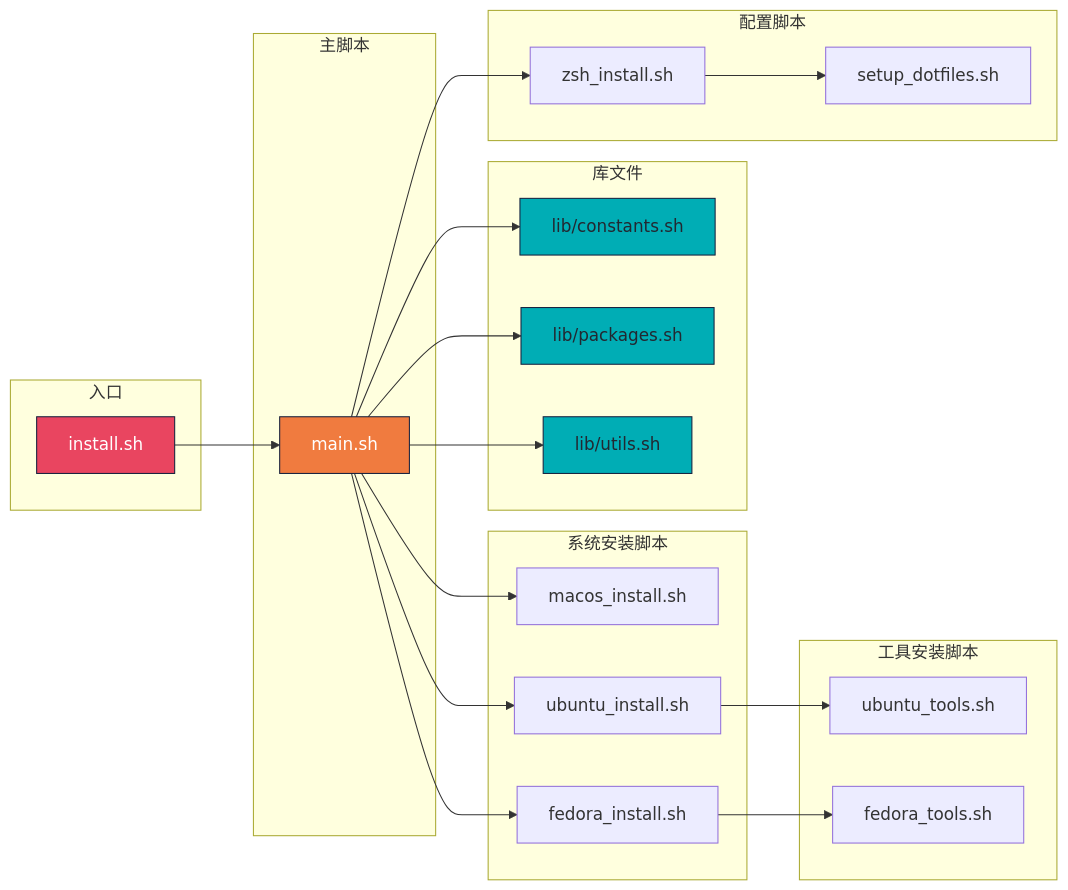
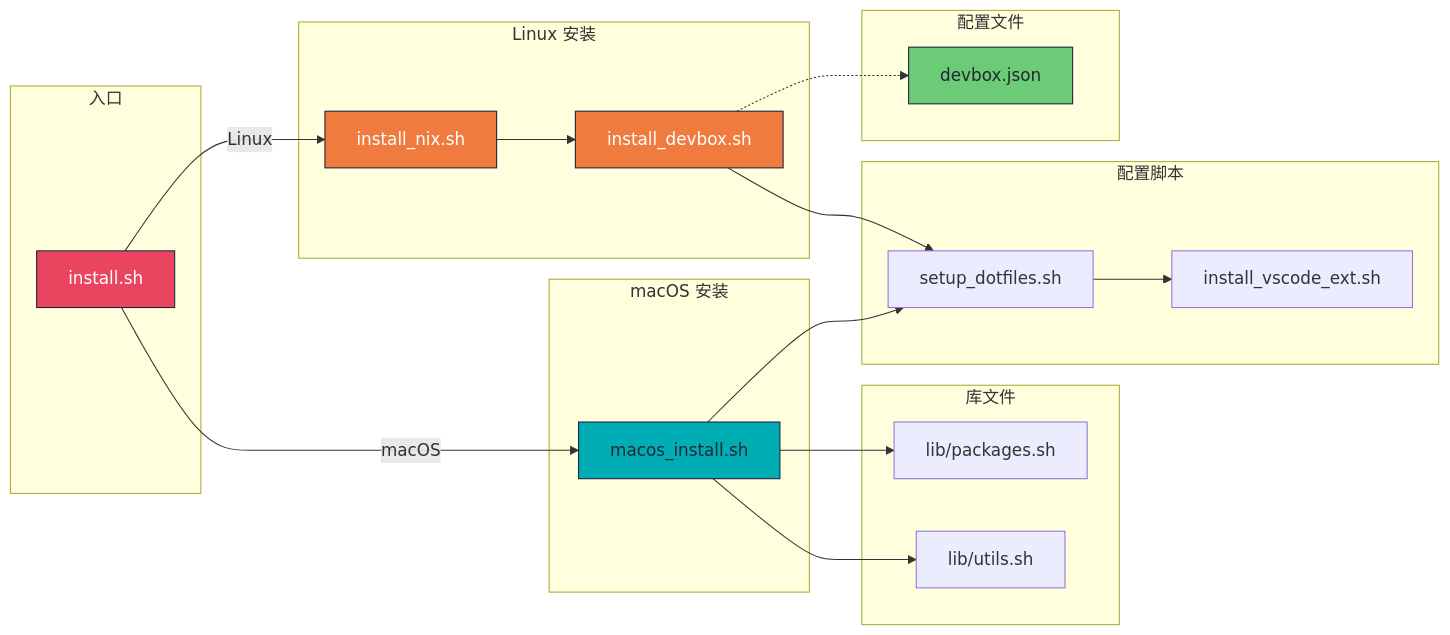
One commit to Learner-Geek-Perfectionist/Dotfiles changed the second of 5 diagrams in docs/flowchart.md. Above: the diagram before and after it, drawn with Mermaid. The commit also changed other lines of this file and 25 other files, not shown here.

````diff
--- a/docs/flowchart.md
+++ b/docs/flowchart.md
@@ -109,46 +66,44 @@
 ```mermaid
 graph LR
     subgraph 入口
         A[install.sh]
     end
 
-    subgraph 主脚本
-        B[main.sh]
+    subgraph Linux 安装
+        B1[install_nix.sh]
+        B2[install_devbox.sh]
+    end
+
+    subgraph macOS 安装
+        C1[macos_install.sh]
     end
 
     subgraph 库文件
-        C1[lib/constants.sh]
-        C2[lib/packages.sh]
-        C3[lib/utils.sh]
-    end
-
-    subgraph 系统安装脚本
-        D1[macos_install.sh]
-        D2[ubuntu_install.sh]
-        D3[fedora_install.sh]
-    end
-
-    subgraph 工具安装脚本
-        E1[ubuntu_tools.sh]
-        E2[fedora_tools.sh]
+        D1[lib/packages.sh]
+        D2[lib/utils.sh]
     end
 
     subgraph 配置脚本
-        F1[zsh_install.sh]
-        F2[setup_dotfiles.sh]
+        E1[setup_dotfiles.sh]
+        E2[install_vscode_ext.sh]
     end
 
-    A --> B
-    B --> C1 & C2 & C3
-    B --> D1 & D2 & D3
-    D2 --> E1
-    D3 --> E2
-    B --> F1
-    F1 --> F2
+    subgraph 配置文件
+        F1[devbox.json]
+    end
+
+    A -->|Linux| B1
+    B1 --> B2
+    B2 --> E1
+    A -->|macOS| C1
+    C1 --> D1 & D2
+    C1 --> E1
+    E1 --> E2
+    B2 -.-> F1
 
     style A fill:#e94560,stroke:#16213e,color:#fff
-    style B fill:#f07b3f,stroke:#16213e,color:#fff
+    style B1 fill:#f07b3f,stroke:#16213e,color:#fff
+    style B2 fill:#f07b3f,stroke:#16213e,color:#fff
     style C1 fill:#00adb5,stroke:#16213e,color:#222831
-    style C2 fill:#00adb5,stroke:#16213e,color:#222831
-    style C3 fill:#00adb5,stroke:#16213e,color:#222831
+    style F1 fill:#6bcb77,stroke:#16213e,color:#222831
 ```
````
